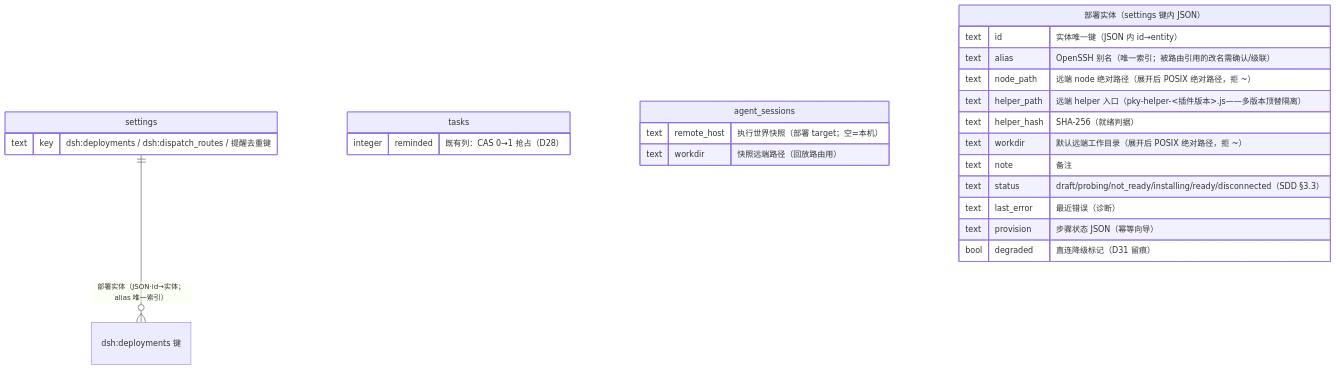
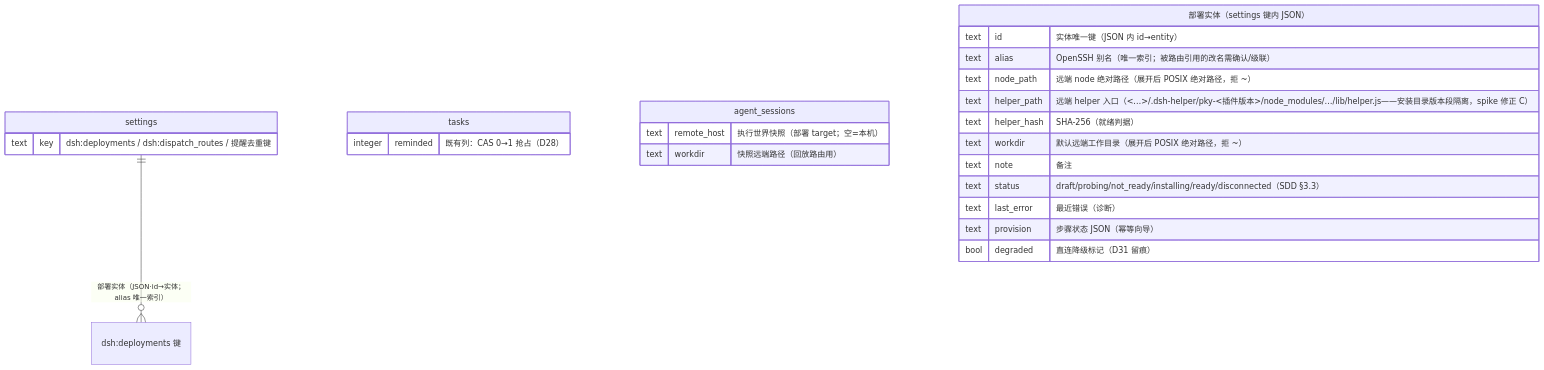
One commit to Jo0OCTsai/pokemon-choose-you changed the fourth of 4 diagrams in specs/dsh-plugin-full-parity/architecture.md. Above: the diagram before and after it, drawn with Mermaid. The commit also changed other lines of this file and 33 other files, not shown here.

````diff
--- a/specs/dsh-plugin-full-parity/architecture.md
+++ b/specs/dsh-plugin-full-parity/architecture.md
@@ -394,27 +405,27 @@
 ```mermaid
 erDiagram
     settings ||--o{ "dsh:deployments 键" : "部署实体（JSON·id→实体；alias 唯一索引）"
     settings {
         text key "dsh:deployments / dsh:dispatch_routes / 提醒去重键"
     }
     tasks {
         integer reminded "既有列：CAS 0→1 抢占（D28）"
     }
     agent_sessions {
         text remote_host "执行世界快照（部署 target；空=本机）"
         text workdir "快照远端路径（回放路由用）"
     }
     "部署实体（settings 键内 JSON）" {
         text id "实体唯一键（JSON 内 id→entity）"
         text alias "OpenSSH 别名（唯一索引；被路由引用的改名需确认/级联）"
         text node_path "远端 node 绝对路径（展开后 POSIX 绝对路径，拒 ~）"
-        text helper_path "远端 helper 入口（pky-helper-<插件版本>.js——多版本顶替隔离）"
+        text helper_path "远端 helper 入口（<…>/.dsh-helper/pky-<插件版本>/node_modules/…/lib/helper.js——安装目录版本段隔离，spike 修正 C）"
         text helper_hash "SHA-256（就绪判据）"
         text workdir "默认远端工作目录（展开后 POSIX 绝对路径，拒 ~）"
         text note "备注"
         text status "draft/probing/not_ready/installing/ready/disconnected（SDD §3.3）"
         text last_error "最近错误（诊断）"
         text provision "步骤状态 JSON（幂等向导）"
         bool degraded "直连降级标记（D31 留痕）"
     }
 ```
````
